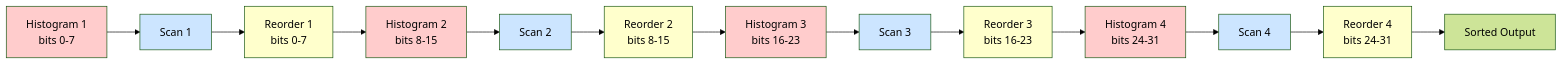
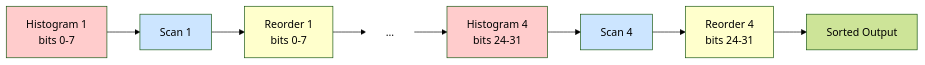
Before and after one commit to uxlfoundation/oneDPL: the first of 3 diagrams in rfcs/experimental/radix_sort_esimd_sycl.md, drawn with Mermaid (forest theme). The commit also changed other lines of this file, not shown here.

Commit message:
mermaid diagram improvements

````diff
--- a/rfcs/experimental/radix_sort_esimd_sycl.md
+++ b/rfcs/experimental/radix_sort_esimd_sycl.md
@@ -52,28 +44,18 @@
 ```mermaid
 graph LR
     A1[Histogram 1<br/>bits 0-7] --> B1[Scan 1]
     B1 --> C1[Reorder 1<br/>bits 0-7]
-    C1 --> A2[Histogram 2<br/>bits 8-15]
-    A2 --> B2[Scan 2]
-    B2 --> C2[Reorder 2<br/>bits 8-15]
-    C2 --> A3[Histogram 3<br/>bits 16-23]
-    A3 --> B3[Scan 3]
-    B3 --> C3[Reorder 3<br/>bits 16-23]
-    C3 --> A4[Histogram 4<br/>bits 24-31]
+    C1 --> D[...]
+    D --> A4[Histogram 4<br/>bits 24-31]
     A4 --> B4[Scan 4]
     B4 --> C4[Reorder 4<br/>bits 24-31]
-    C4 --> D[Sorted Output]
+    C4 --> E[Sorted Output]
 
     style A1 fill:#ffcccc
-    style A2 fill:#ffcccc
-    style A3 fill:#ffcccc
     style A4 fill:#ffcccc
     style B1 fill:#cce5ff
-    style B2 fill:#cce5ff
-    style B3 fill:#cce5ff
     style B4 fill:#cce5ff
     style C1 fill:#ffffcc
-    style C2 fill:#ffffcc
-    style C3 fill:#ffffcc
     style C4 fill:#ffffcc
+    style D fill:#ffffff,stroke:#ffffff
 ```
````
